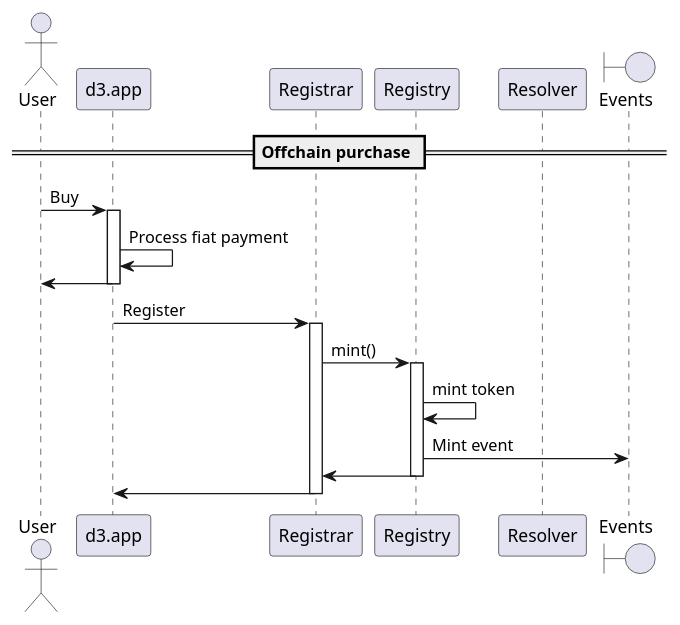
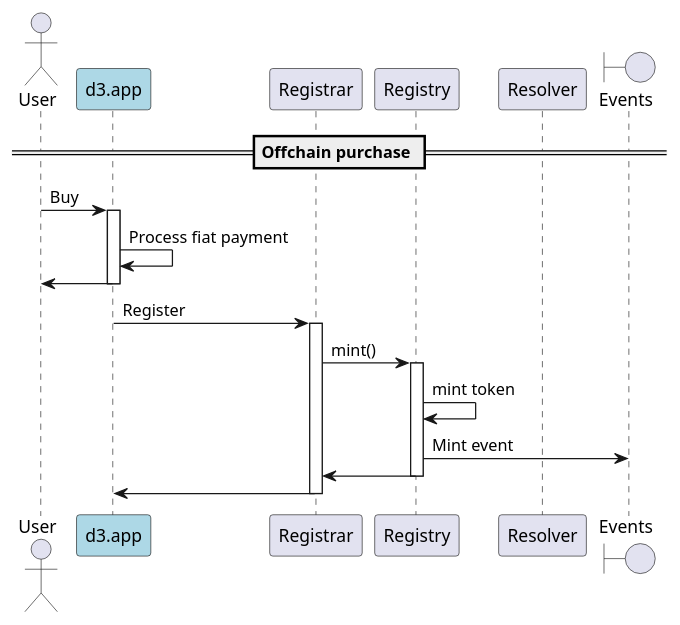
One commit to make-software/cspr-name-contracts changed the diagram in docs/sequence-diagrams/puml/offchain-purchase.puml. Above: the diagram before and after it, drawn with PlantUML. The commit also changed 5 other files, not shown here.

```diff
--- a/docs/sequence-diagrams/puml/offchain-purchase.puml
+++ b/docs/sequence-diagrams/puml/offchain-purchase.puml
@@ -1,32 +1,32 @@
 @startuml
 'https://plantuml.com/sequence-diagram
 
 'autonumber
 actor User
-participant "d3.app" as d3
+participant "d3.app" as d3 #lightblue
 participant "Registrar"
 participant "Registry"
 participant "Resolver"
 boundary "Events"
 
 == Offchain purchase ==
 
 User -> d3: Buy
 activate d3
 d3 -> d3: Process fiat payment
 d3 -> User
 deactivate d3
 
 d3 -> Registrar: Register
 activate Registrar
 Registrar -> Registry: mint()
 activate Registry
 Registry -> Registry: mint token
 Registry -> "Events": Mint event
 Registry -> Registrar
 deactivate Registry
 Registrar -> d3
 deactivate Registrar
 deactivate d3
 
 @enduml
```
